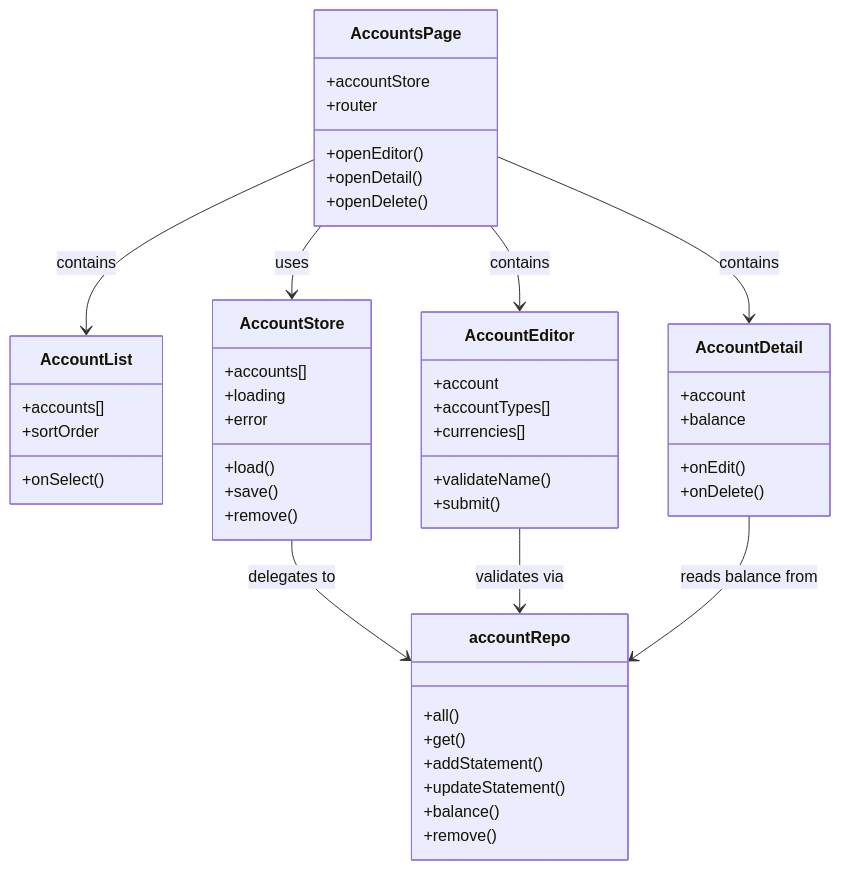
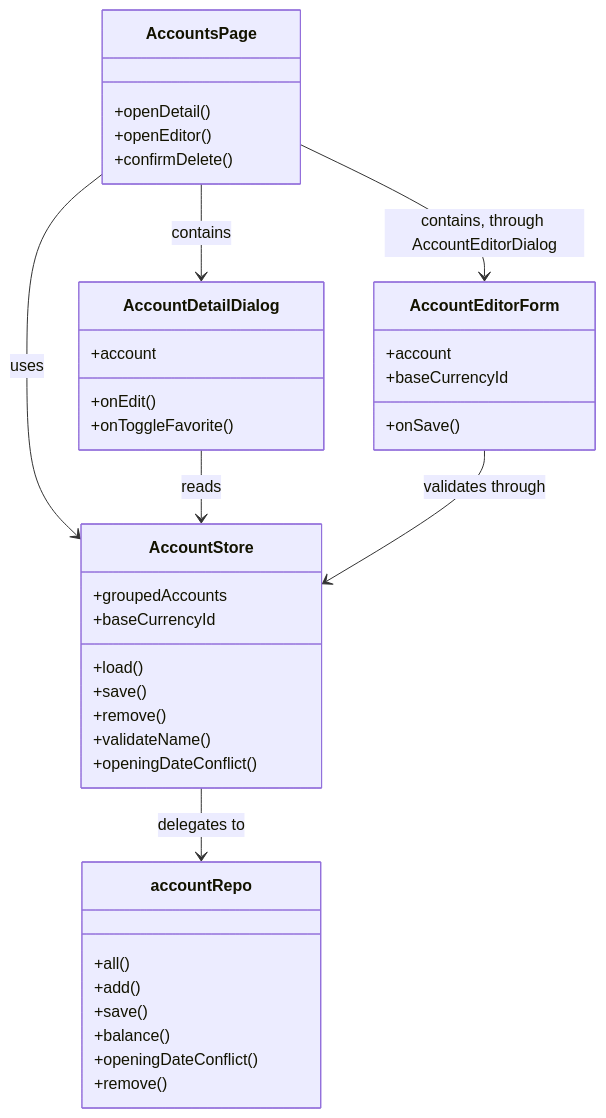
Before and after one commit to gjchentw/mmex-pwa: the third of 4 diagrams in openspec/changes/account-management-surfaces/design.md, drawn with Mermaid. The commit also changed other lines of this file and 18 other files, not shown here.

````diff
--- a/openspec/changes/account-management-surfaces/design.md
+++ b/openspec/changes/account-management-surfaces/design.md
@@ -83,52 +141,41 @@
 ```mermaid
 classDiagram
     class AccountsPage {
-        +accountStore
-        +router
+        +openDetail()
         +openEditor()
-        +openDetail()
-        +openDelete()
+        +confirmDelete()
     }
-    class AccountList {
-        +accounts[]
-        +sortOrder
-        +onSelect()
+    class AccountDetailDialog {
+        +account
+        +onEdit()
+        +onToggleFavorite()
     }
-    class AccountDetail {
+    class AccountEditorForm {
         +account
-        +balance
-        +onEdit()
-        +onDelete()
-    }
-    class AccountEditor {
-        +account
-        +accountTypes[]
-        +currencies[]
-        +validateName()
-        +submit()
+        +baseCurrencyId
+        +onSave()
     }
     class AccountStore {
-        +accounts[]
-        +loading
-        +error
+        +groupedAccounts
+        +baseCurrencyId
         +load()
         +save()
         +remove()
+        +validateName()
+        +openingDateConflict()
     }
     class accountRepo {
         +all()
-        +get()
-        +addStatement()
-        +updateStatement()
+        +add()
+        +save()
         +balance()
+        +openingDateConflict()
         +remove()
     }
-    
     AccountsPage --> AccountStore : uses
-    AccountsPage --> AccountList : contains
-    AccountsPage --> AccountDetail : contains
-    AccountsPage --> AccountEditor : contains
+    AccountsPage --> AccountDetailDialog : contains
+    AccountsPage --> AccountEditorForm : contains, through AccountEditorDialog
+    AccountDetailDialog --> AccountStore : reads
+    AccountEditorForm --> AccountStore : validates through
     AccountStore --> accountRepo : delegates to
-    AccountEditor --> accountRepo : validates via
-    AccountDetail --> accountRepo : reads balance from
 ```
````
